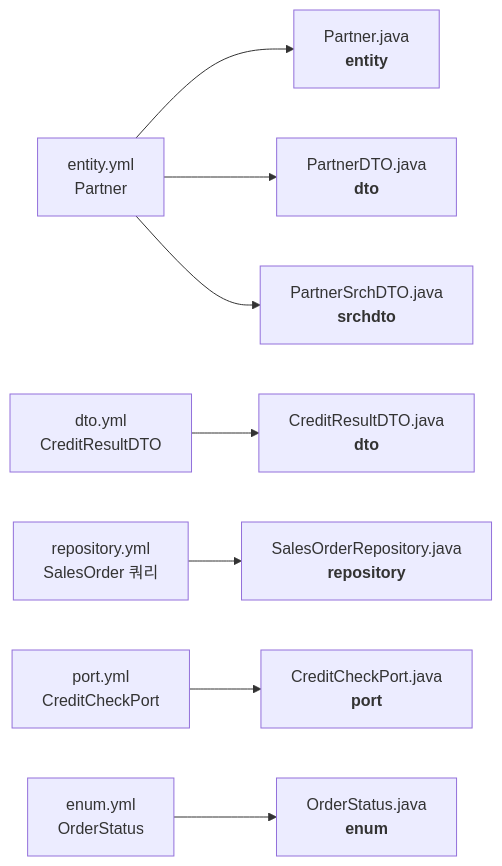
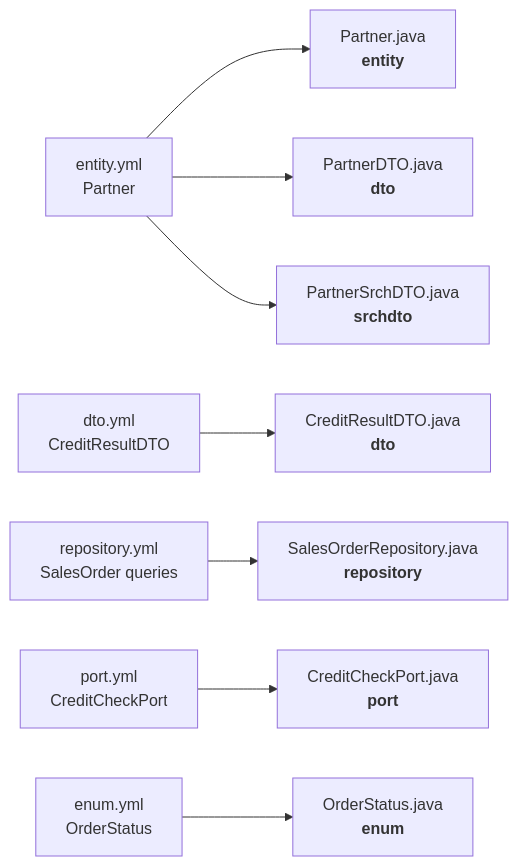
The fifth of 5 diagrams in elasticore-project/elasticore-base/src/main/resources/elasticore-guide/elasticore-rule-dev-guide.md (xsko/ElastiCORE), drawn with Mermaid before and after one commit. The commit also changed other lines of this file and 34 other files, not shown here.

````diff
--- a/elasticore-project/elasticore-base/src/main/resources/elasticore-guide/elasticore-rule-dev-guide.md
+++ b/elasticore-project/elasticore-base/src/main/resources/elasticore-guide/elasticore-rule-dev-guide.md
@@ -414,10 +414,10 @@
 ```mermaid
 flowchart LR
     Y1["entity.yml<br/>Partner"] --> F1["Partner.java<br/><b>entity</b>"]
     Y1 --> F2["PartnerDTO.java<br/><b>dto</b>"]
     Y1 --> F3["PartnerSrchDTO.java<br/><b>srchdto</b>"]
     Y2["dto.yml<br/>CreditResultDTO"] --> F4["CreditResultDTO.java<br/><b>dto</b>"]
-    Y3["repository.yml<br/>SalesOrder 쿼리"] --> F5["SalesOrderRepository.java<br/><b>repository</b>"]
+    Y3["repository.yml<br/>SalesOrder queries"] --> F5["SalesOrderRepository.java<br/><b>repository</b>"]
     Y4["port.yml<br/>CreditCheckPort"] --> F6["CreditCheckPort.java<br/><b>port</b>"]
     Y5["enum.yml<br/>OrderStatus"] --> F7["OrderStatus.java<br/><b>enum</b>"]
 ```
````
